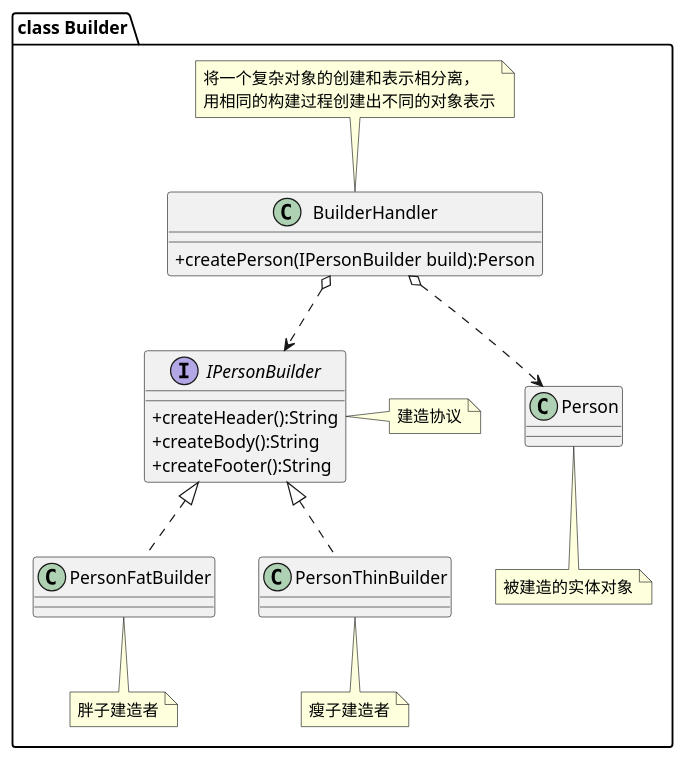
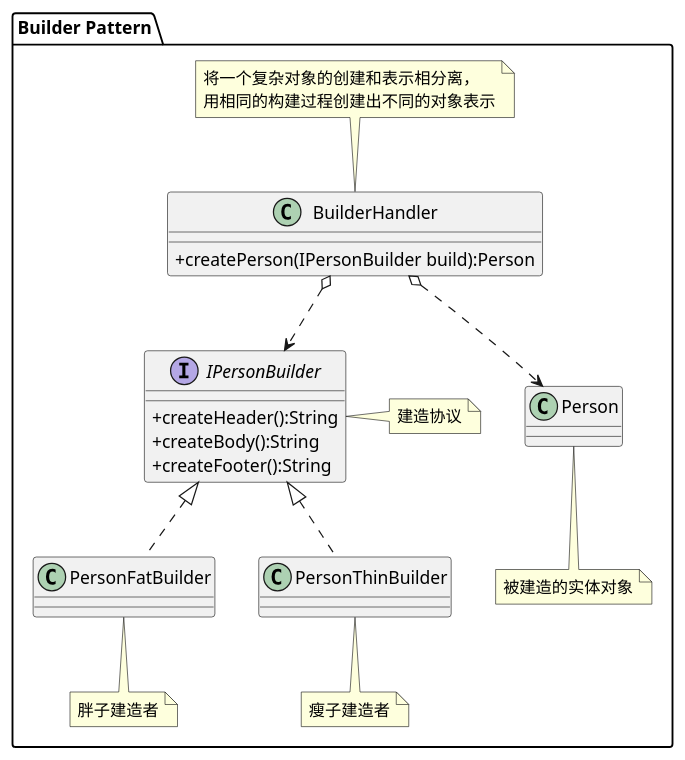
Before and after one commit to mxdldev/java-design-pattern: the diagram in lib_design_pattern/src/main/java/com/mxdl/desigin/pattern/create/a02_builder/uml/builder.puml, drawn with PlantUML. The commit also changed 56 other files, not shown here.

```diff
--- a/lib_design_pattern/src/main/java/com/mxdl/desigin/pattern/create/a02_builder/uml/builder.puml
+++ b/lib_design_pattern/src/main/java/com/mxdl/desigin/pattern/create/a02_builder/uml/builder.puml
@@ -1,27 +1,27 @@
 @startuml
 skinparam classAttributeIconSize 0
-package "class Builder"{
+package "Builder Pattern"{
     interface IPersonBuilder{
             +createHeader():String
             +createBody():String
             +createFooter():String
     }
     note right:建造协议
     class PersonFatBuilder
     note bottom:胖子建造者
     IPersonBuilder <|-.PersonFatBuilder
 
     class PersonThinBuilder
     note bottom:瘦子建造者
     IPersonBuilder <|-.PersonThinBuilder
 
     class BuilderHandler{
         +createPerson(IPersonBuilder build):Person
     }
     note top:将一个复杂对象的创建和表示相分离，\n用相同的构建过程创建出不同的对象表示
     BuilderHandler o-.>IPersonBuilder
     BuilderHandler o-.>Person
     class Person
     note bottom:被建造的实体对象
 }
 @enduml
```
